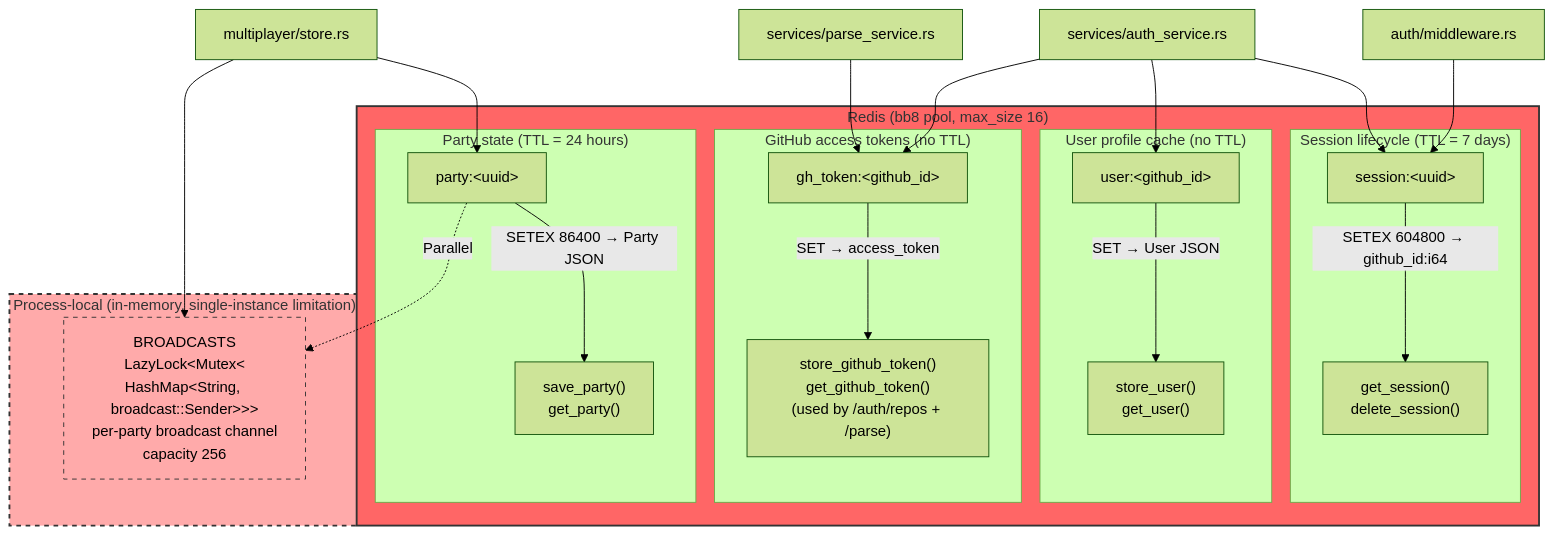
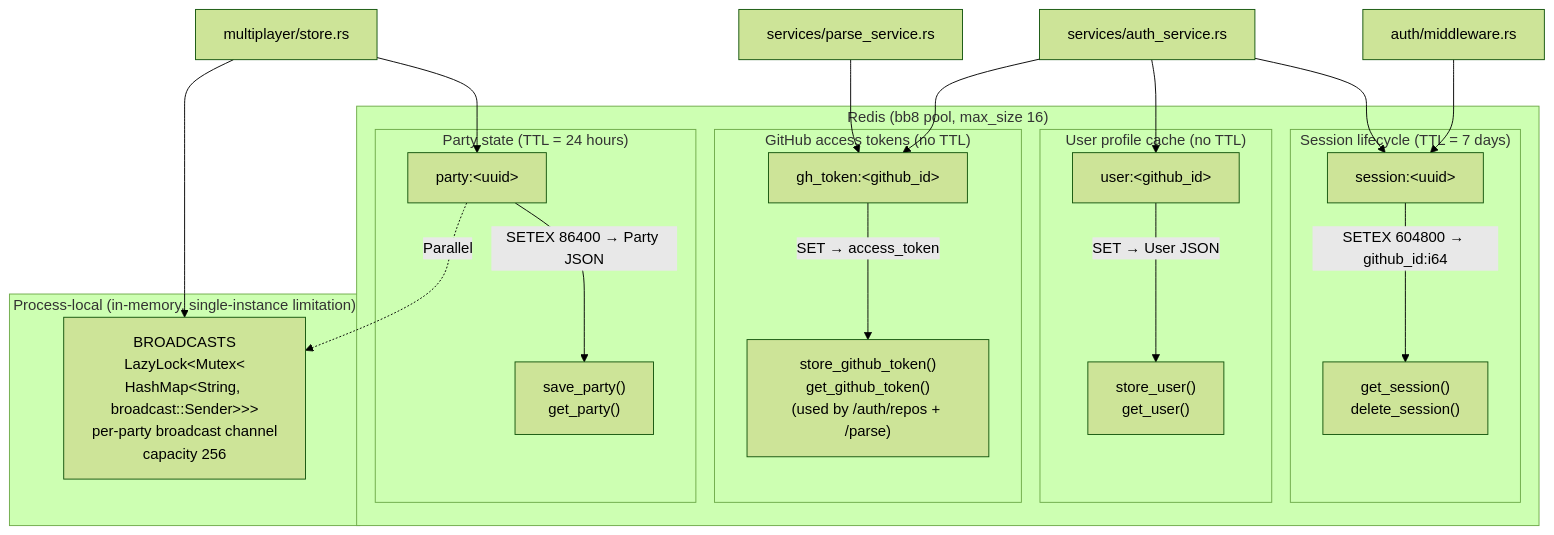
Before and after one commit to Not-Buddy/nilsbohr: the ninth of 10 diagrams in diagrams/architecture.md, drawn with Mermaid (forest theme). The commit also changed other lines of this file and 1 other file, not shown here.

Commit message:
fix to diagrams

````diff
--- a/diagrams/architecture.md
+++ b/diagrams/architecture.md
@@ -701,42 +663,39 @@
 ```mermaid
 graph TB
     subgraph Redis["Redis (bb8 pool, max_size 16)"]
         subgraph Sessions["Session lifecycle (TTL = 7 days)"]
             SessKey["session:&lt;uuid&gt;"]
             SessKey -->|"SETEX 604800 → github_id:i64"| Verify["get_session()<br/>delete_session()"]
         end
 
         subgraph Users["User profile cache (no TTL)"]
             UserKey["user:&lt;github_id&gt;"]
             UserKey -->|"SET → User JSON"| UserStore["store_user()<br/>get_user()"]
         end
 
         subgraph GhTokens["GitHub access tokens (no TTL)"]
             TkKey["gh_token:&lt;github_id&gt;"]
             TkKey -->|"SET → access_token"| TokenStore["store_github_token()<br/>get_github_token()<br/>(used by /auth/repos + /parse)"]
         end
 
         subgraph Parties["Party state (TTL = 24 hours)"]
             PartyKey["party:&lt;uuid&gt;"]
             PartyKey -->|"SETEX 86400 → Party JSON"| PartyStore["save_party()<br/>get_party()"]
         end
     end
 
     subgraph InMemory["Process-local (in-memory, single-instance limitation)"]
         Broadcasts["BROADCASTS<br/>LazyLock&lt;Mutex&lt;<br/>HashMap&lt;String, broadcast::Sender&gt;&gt;&gt;<br/>per-party broadcast channel<br/>capacity 256"]
     end
 
     PartyKey -.->|"Parallel"| Broadcasts
 
     AuthServiceImpl["services/auth_service.rs"] --> SessKey
     AuthServiceImpl --> UserKey
     AuthServiceImpl --> TkKey
     MiddlewareImpl["auth/middleware.rs"] --> SessKey
     ParseService["services/parse_service.rs"] --> TkKey
     MultiService["multiplayer/store.rs"] --> PartyKey
     MultiService --> Broadcasts
 
-    style Redis fill:#f66,stroke:#333,stroke-width:2px
-    style InMemory fill:#faa,stroke:#333,stroke-width:2px,stroke-dasharray: 5 5
-    style Broadcasts fill:#faa,stroke:#333,stroke-dasharray: 5 5
 ```
````
